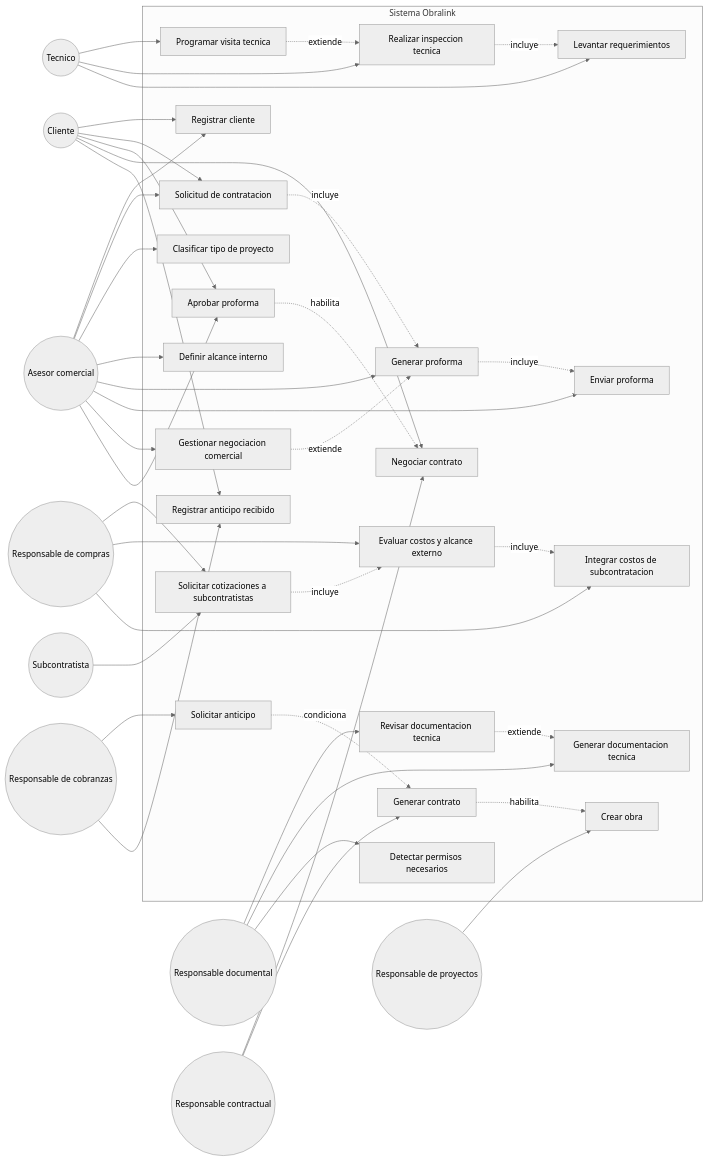
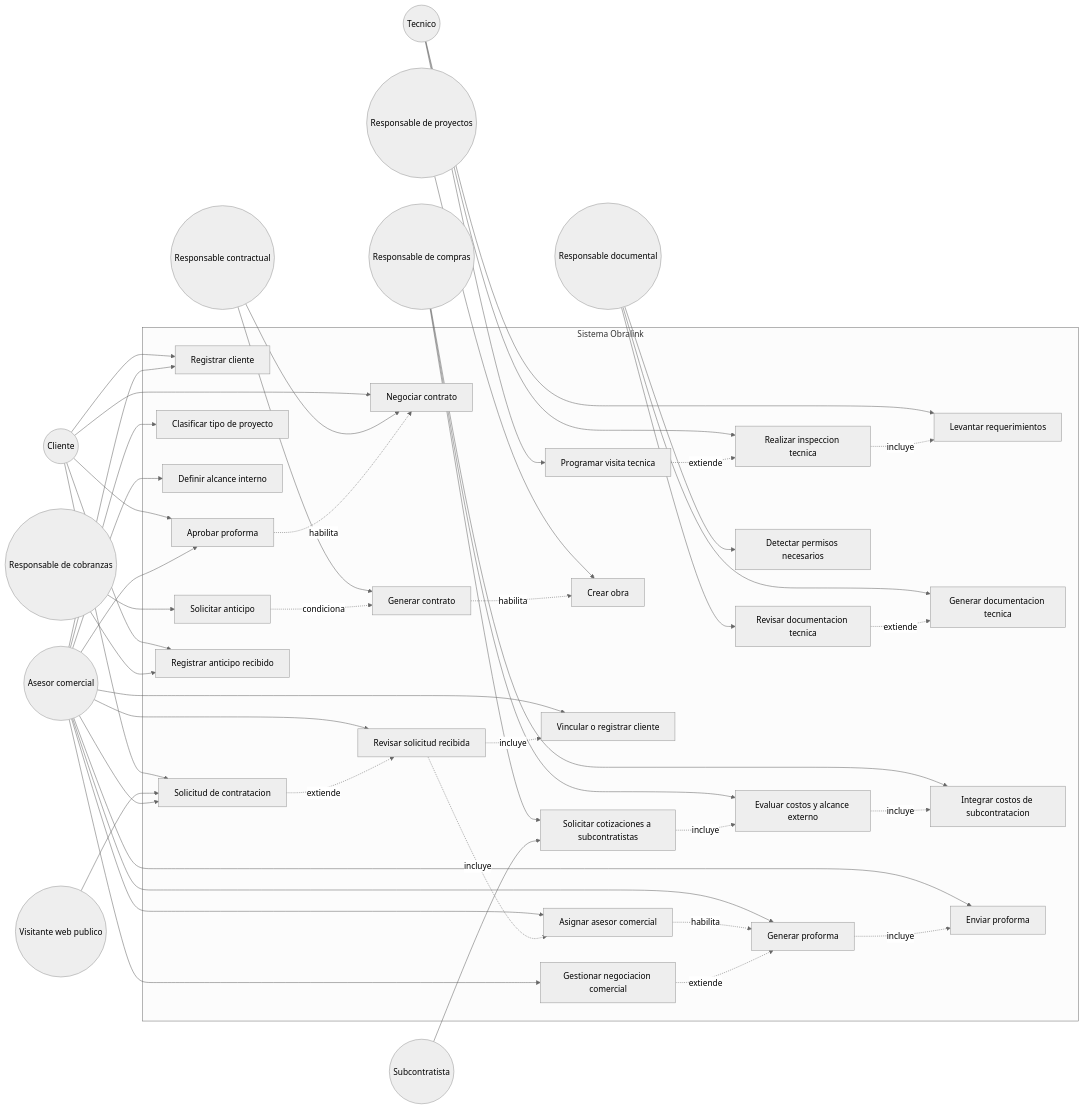
One commit to apaul6dev/obralink-backend changed the second of 3 diagrams in Logica.md. Above: the diagram before and after it, drawn with Mermaid (neutral theme). The commit also changed other lines of this file, not shown here.

````diff
--- a/Logica.md
+++ b/Logica.md
@@ -83,6 +100,7 @@
 ```mermaid
 flowchart LR
     Cliente((Cliente))
+    Visitante((Visitante web publico))
     Asesor((Asesor comercial))
     Tecnico((Tecnico))
     Documental((Responsable documental))
@@ -115,6 +133,9 @@
         UC20[Registrar anticipo recibido]
         UC21[Generar contrato]
         UC22[Crear obra]
+        UC23[Revisar solicitud recibida]
+        UC24[Vincular o registrar cliente]
+        UC25[Asignar asesor comercial]
     end
 
     Cliente --> UC1
@@ -122,10 +143,14 @@
     Cliente --> UC17
     Cliente --> UC18
     Cliente --> UC20
+    Visitante --> UC2
 
     Asesor --> UC1
     Asesor --> UC2
     Asesor --> UC3
+    Asesor --> UC23
+    Asesor --> UC24
+    Asesor --> UC25
     Asesor --> UC13
     Asesor --> UC14
     Asesor --> UC15
@@ -153,7 +178,10 @@
 
     Proyectos --> UC22
 
-    UC2 -. incluye .-> UC14
+    UC2 -. extiende .-> UC23
+    UC23 -. incluye .-> UC24
+    UC23 -. incluye .-> UC25
+    UC25 -. habilita .-> UC14
     UC4 -. extiende .-> UC5
     UC5 -. incluye .-> UC6
     UC7 -. extiende .-> UC8
````
